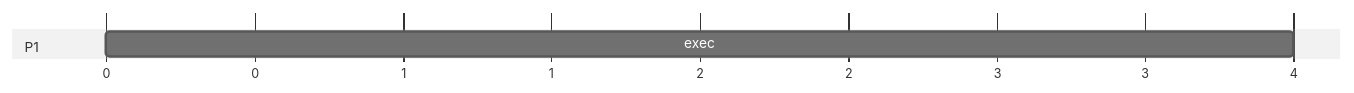
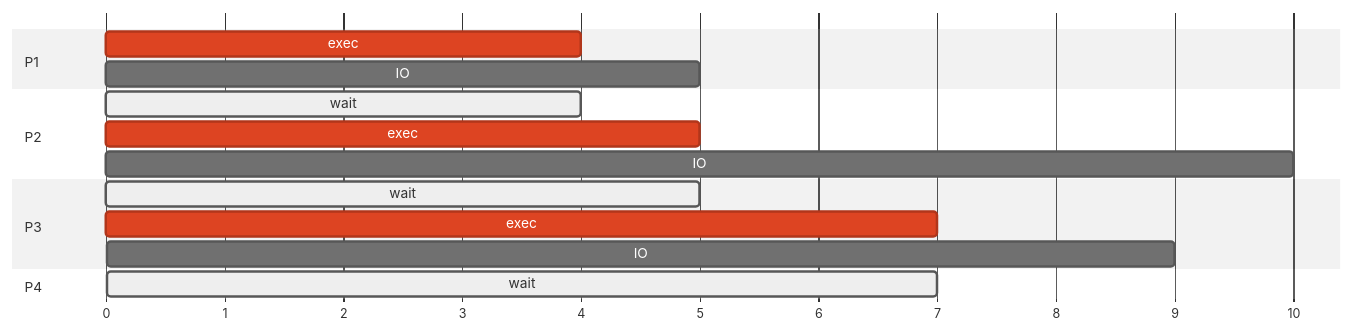
Before and after one commit to angelromarco04/MyNotes: the diagram in CS/OS/data/25_scheduling.md, drawn with Mermaid (neutral theme).

Commit message:
vault backup: 2024-03-25 19:25:06

````diff
--- a/CS/OS/data/25_scheduling.md
+++ b/CS/OS/data/25_scheduling.md
@@ -41,16 +41,23 @@
 ```mermaid
 ---
 displayMode: compact
 ---
 gantt
     dateFormat X
     axisFormat %s
     
     section P1
-        exec    : a, 0, 4
-        
+        exec    : crit, a, 0, 4
+        IO      : a, 4, 5
     section P2
+	    wait    : active, b, 2, 4
+	    exec    : crit, a, 4, 5
+	    IO      : a, 5, 10
 	section P3
+		wait    : active, b, 4, 5
+		exec    : crit, a, 5, 7
+	    IO      : a, 7, 9
 	section P4
+		wait    : active, b, 6, 7
 
 ```
````
